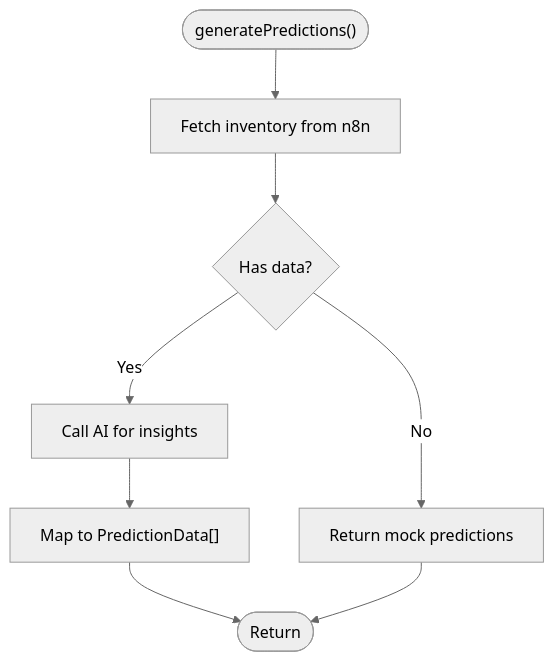
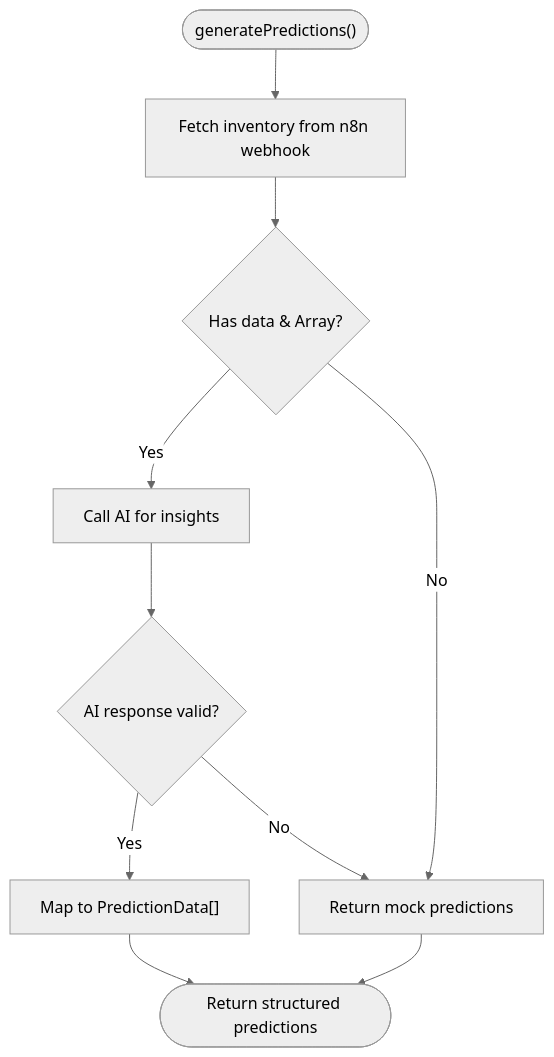
One commit to cacamarica/dashboard-ai changed the sixth of 7 diagrams in .qoder/repowiki/en/content/Configuration and Environment.md. Above: the diagram before and after it, drawn with Mermaid (neutral theme). The commit also changed other lines of this file and 14 other files, not shown here.

````diff
--- a/.qoder/repowiki/en/content/Configuration and Environment.md
+++ b/.qoder/repowiki/en/content/Configuration and Environment.md
@@ -267,10 +322,12 @@
 ```mermaid
 flowchart TD
-Start(["generatePredictions()"]) --> FetchN8N["Fetch inventory from n8n"]
-FetchN8N --> HasData{"Has data?"}
+Start(["generatePredictions()"]) --> FetchN8N["Fetch inventory from n8n webhook"]
+FetchN8N --> HasData{"Has data & Array?"}
 HasData --> |Yes| CallAI["Call AI for insights"]
 HasData --> |No| Mock["Return mock predictions"]
-CallAI --> Combine["Map to PredictionData[]"]
-Combine --> End(["Return"])
+CallAI --> ValidateAI{"AI response valid?"}
+ValidateAI --> |Yes| MapData["Map to PredictionData[]"]
+ValidateAI --> |No| Mock
+MapData --> End(["Return structured predictions"])
 Mock --> End
 ```
````
